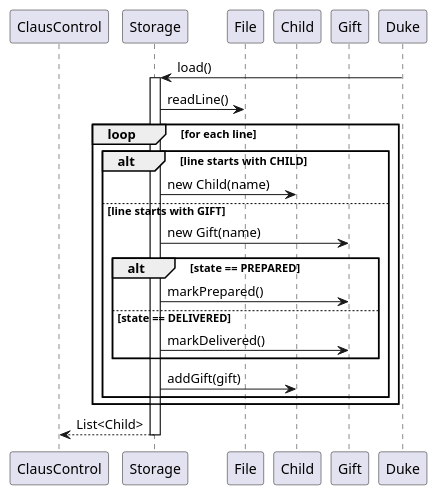
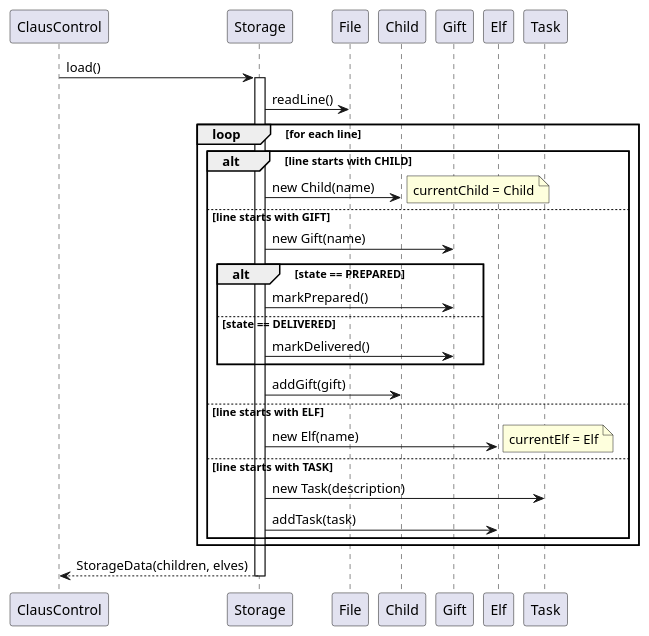
Before and after one commit to shrabasti-c/tp: the diagram in docs/diagrams/LoadDataSequenceDiagram.puml, drawn with PlantUML. The commit also changed 22 other files, not shown here.

Commit message:
Add elf storage,update PPP and DG

```diff
--- a/docs/diagrams/LoadDataSequenceDiagram.puml
+++ b/docs/diagrams/LoadDataSequenceDiagram.puml
@@ -1,33 +1,47 @@
 @startuml
 
 participant ClausControl
 participant Storage
 participant File
 participant Child
 participant Gift
+participant Elf
+participant Task
 
-Duke -> Storage : load()
+ClausControl -> Storage : load()
 activate Storage
 
 Storage -> File : readLine()
 
 loop for each line
+
     alt line starts with CHILD
         Storage -> Child : new Child(name)
+        note right: currentChild = Child
+
     else line starts with GIFT
         Storage -> Gift : new Gift(name)
 
         alt state == PREPARED
             Storage -> Gift : markPrepared()
         else state == DELIVERED
             Storage -> Gift : markDelivered()
         end
 
         Storage -> Child : addGift(gift)
+
+    else line starts with ELF
+        Storage -> Elf : new Elf(name)
+        note right: currentElf = Elf
+
+    else line starts with TASK
+        Storage -> Task : new Task(description)
+        Storage -> Elf : addTask(task)
+
     end
 end
 
-Storage --> ClausControl : List<Child>
+Storage --> ClausControl : StorageData(children, elves)
 deactivate Storage
 
 @enduml
```
